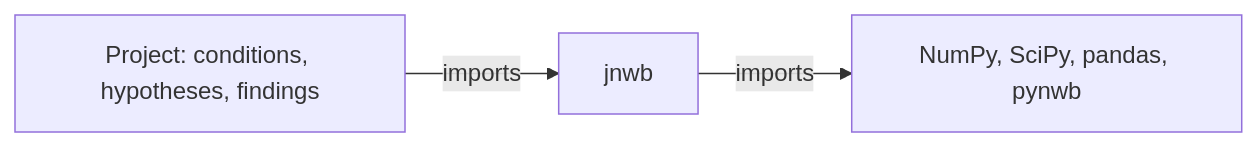
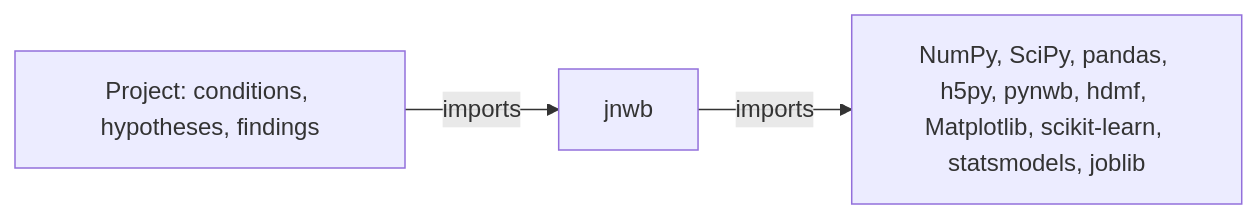
Before and after one commit to HNXJ/jnwb: the fifth of 5 diagrams in docs/architecture.md, drawn with Mermaid. The commit also changed other lines of this file and 10 other files, not shown here.

````diff
--- a/docs/architecture.md
+++ b/docs/architecture.md
@@ -98,5 +105,5 @@
 ```mermaid
 graph LR
     P[Project: conditions, hypotheses, findings] -->|imports| J[jnwb]
-    J -->|imports| L[NumPy, SciPy, pandas, pynwb]
+    J -->|imports| L[NumPy, SciPy, pandas, h5py, pynwb, hdmf, Matplotlib, scikit-learn, statsmodels, joblib]
 ```
````
